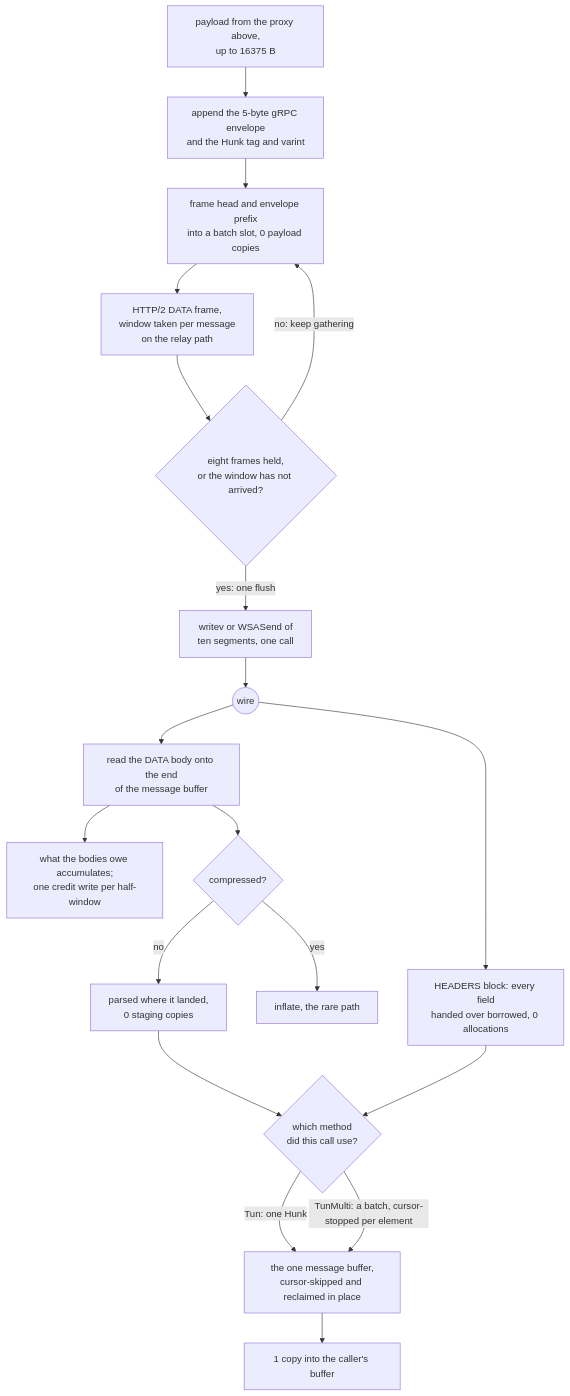
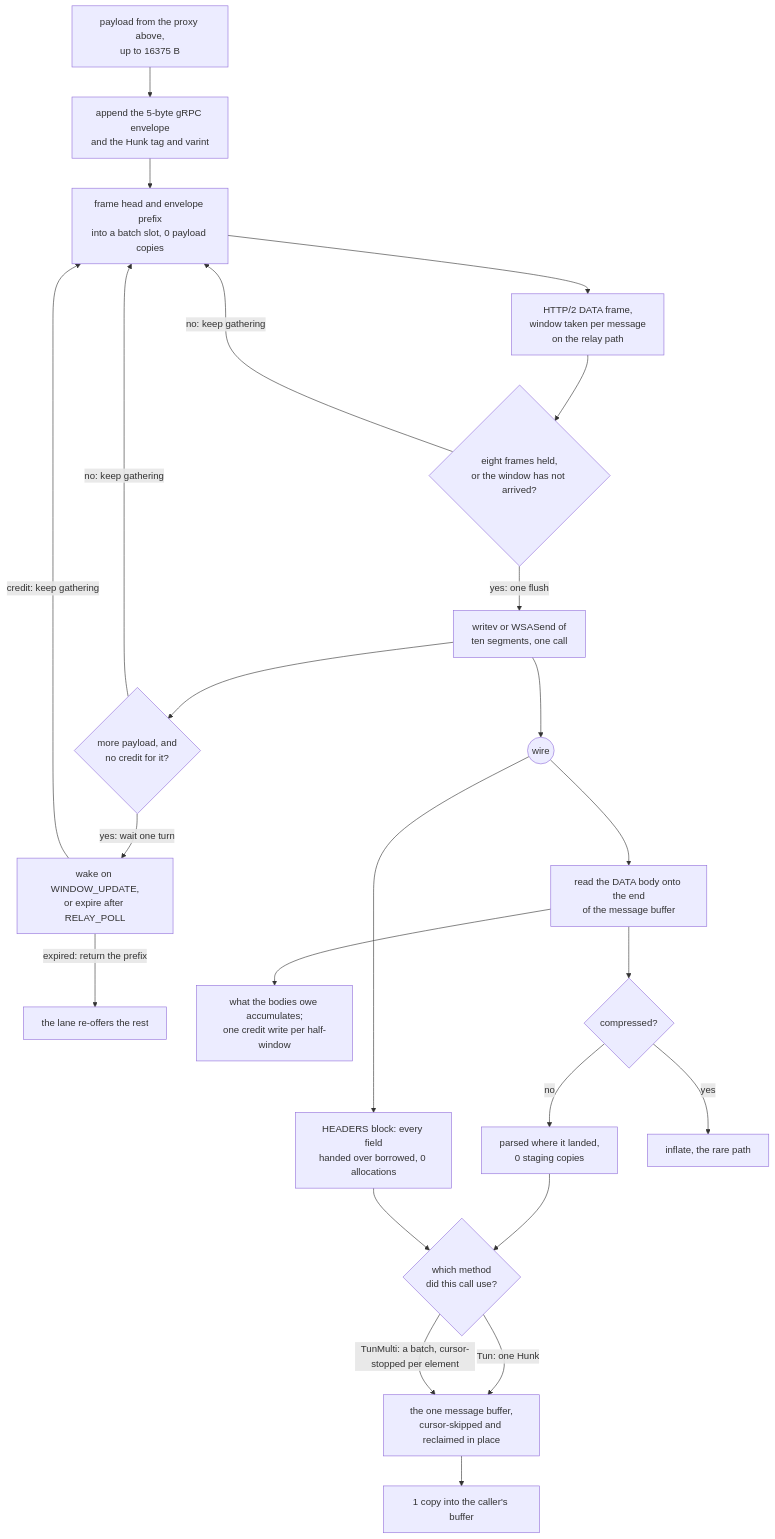
The diagram in docs/function/carrier-grpc.md (Ferrocite/ferrox), drawn with Mermaid before and after one commit. The commit also changed other lines of this file and 1 other file, not shown here.

First line of the commit message:
grpc: wait a bounded turn for the window a flush earns (#669) (#1081)

````diff
--- a/docs/function/carrier-grpc.md
+++ b/docs/function/carrier-grpc.md
@@ -17,21 +17,26 @@
 ```mermaid
 graph TD
     A["payload from the proxy above,<br/>up to 16375 B"] --> B["append the 5-byte gRPC envelope<br/>and the Hunk tag and varint"]
     B --> C["frame head and envelope prefix<br/>into a batch slot, 0 payload copies"]
     C --> D["HTTP/2 DATA frame,<br/>window taken per message<br/>on the relay path"]
     D --> P{"eight frames held,<br/>or the window has not arrived?"}
     P -- "no: keep gathering" --> C
     P -- "yes: one flush" --> Q["writev or WSASend of<br/>ten segments, one call"]
+    Q --> W{"more payload, and<br/>no credit for it?"}
+    W -- "no: keep gathering" --> C
+    W -- "yes: wait one turn" --> X["wake on WINDOW_UPDATE,<br/>or expire after RELAY_POLL"]
+    X -- "credit: keep gathering" --> C
+    X -- "expired: return the prefix" --> Y["the lane re-offers the rest"]
     Q --> E(("wire"))
     E --> F["read the DATA body onto the end<br/>of the message buffer"]
     E --> L["HEADERS block: every field<br/>handed over borrowed, 0 allocations"]
     F --> N["what the bodies owe accumulates;<br/>one credit write per half-window"]
     F --> G{"compressed?"}
     G -- no --> H["parsed where it landed,<br/>0 staging copies"]
     G -- yes --> I["inflate, the rare path"]
     H --> M{"which method<br/>did this call use?"}
     L --> M
     M -- "Tun: one Hunk" --> J
     M -- "TunMulti: a batch, cursor-stopped per element" --> J["the one message buffer,<br/>cursor-skipped and reclaimed in place"]
     J --> K["1 copy into the caller's buffer"]
 ```
````
